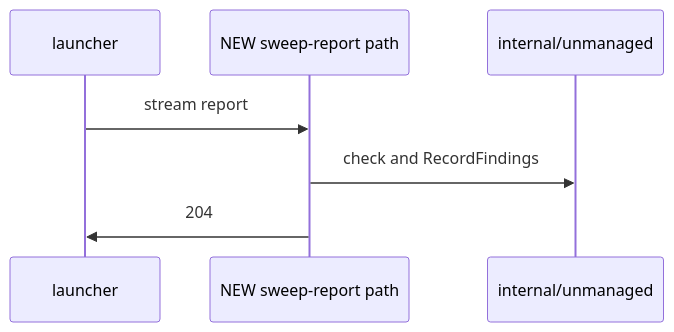
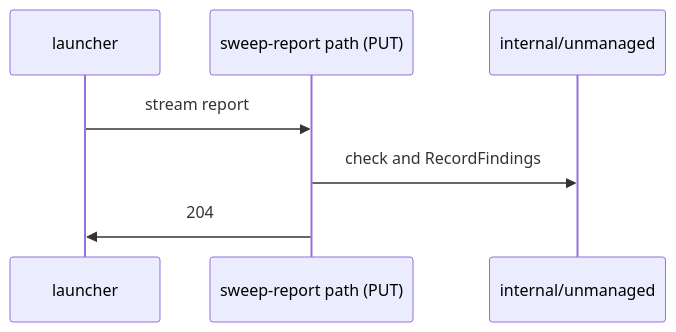
Before and after one commit to OpenDustpan/OpenDustpan: the first of 2 diagrams in openspec/changes/160-165-report-intake-findings/design.md, drawn with Mermaid. The commit also changed 2 other files, not shown here.

Commit message:
Spec: 160-165-report-intake-findings uses PUT and the claimer handler
The upload path is PUT /runner/v1/session/sweep-report, the route of the
claimer wiring change. This change adds the report checks, the findings record
and the two security layers to that handler, maps runner.ErrReportTooLarge to
unmanaged.report-too-large, and adds no second handler.

````diff
--- a/openspec/changes/160-165-report-intake-findings/design.md
+++ b/openspec/changes/160-165-report-intake-findings/design.md
@@ -33,9 +33,9 @@
 ```mermaid
 sequenceDiagram
 participant L as launcher
-participant P as NEW sweep-report path
+participant P as sweep-report path (PUT)
 participant U as internal/unmanaged
 L->>P: stream report
 P->>U: check and RecordFindings
 P->>L: 204
 ```
````
